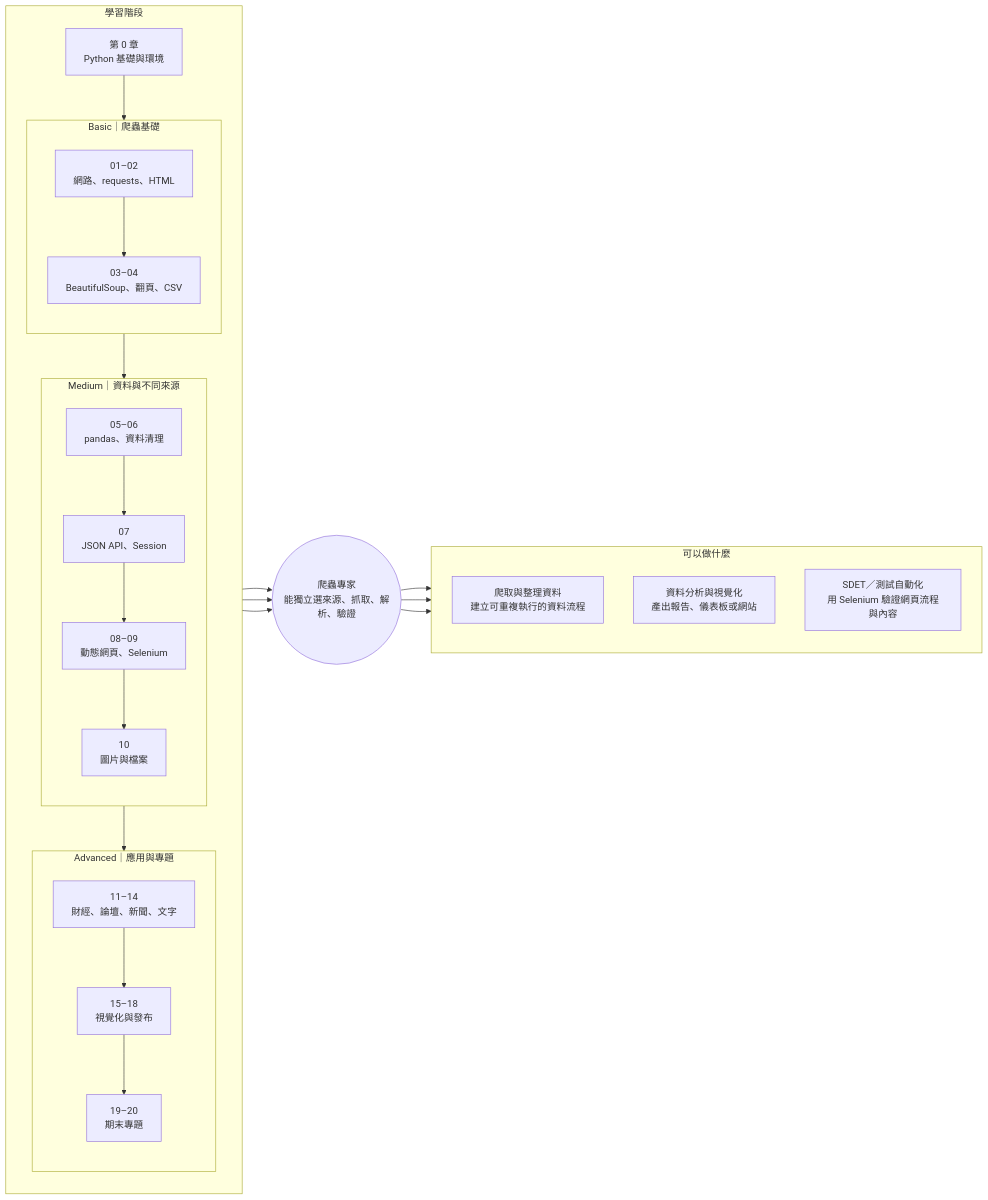
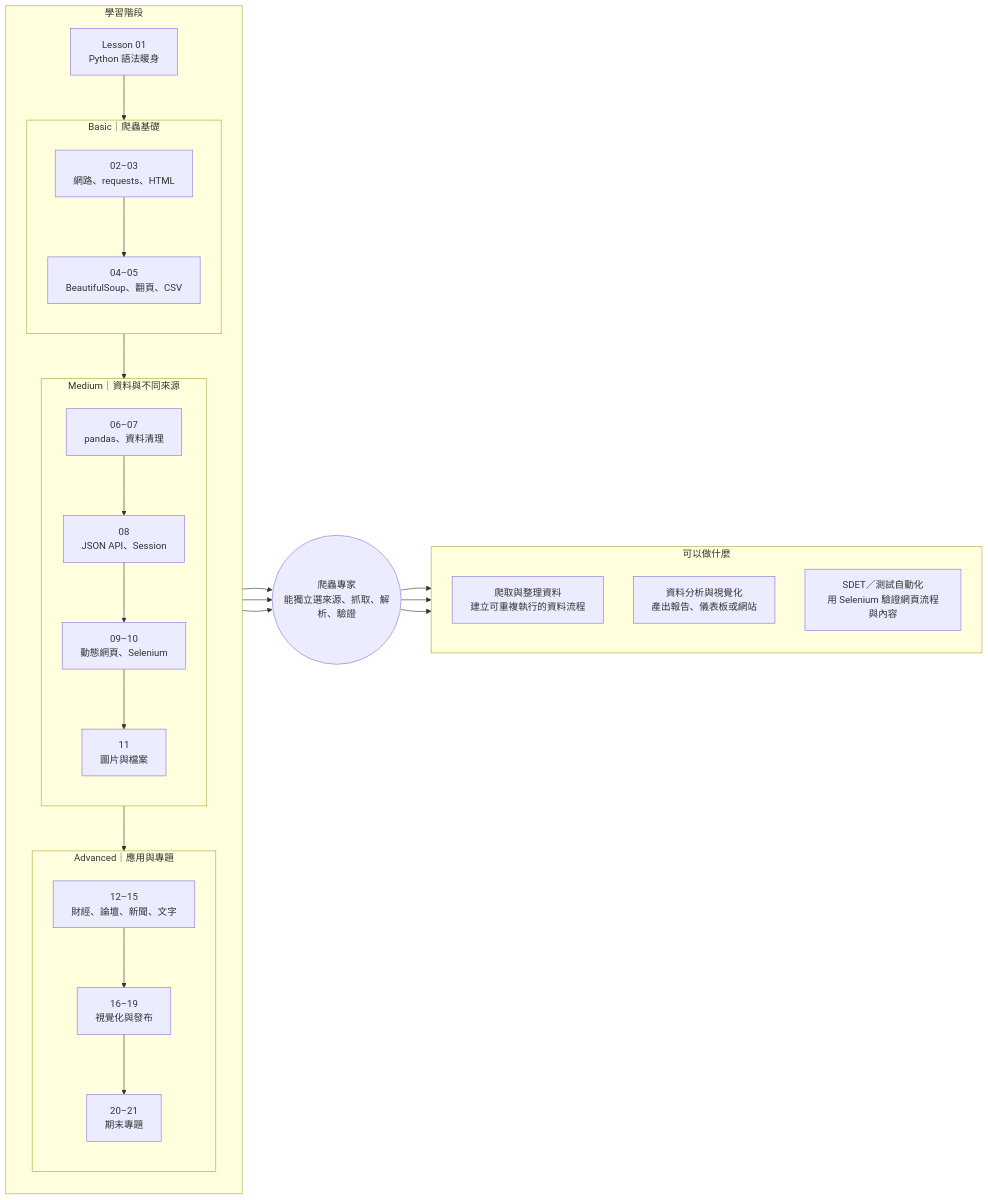
Before and after one commit to cwchang93/python-scraping-viz: the diagram in LEARNING_PATH.md, drawn with Mermaid. The commit also changed other lines of this file and 122 other files, not shown here.

````diff
--- a/LEARNING_PATH.md
+++ b/LEARNING_PATH.md
@@ -7,46 +7,46 @@
 ```mermaid
 flowchart LR
     subgraph L[學習階段]
       direction TB
-      B0[第 0 章<br/>Python 基礎與環境]
+      B0[Lesson 01<br/>Python 語法暖身]
       subgraph B[Basic｜爬蟲基礎]
         direction TB
-        B1[01–02<br/>網路、requests、HTML]
-        B2[03–04<br/>BeautifulSoup、翻頁、CSV]
+        B1[02–03<br/>網路、requests、HTML]
+        B2[04–05<br/>BeautifulSoup、翻頁、CSV]
         B1 --> B2
       end
       subgraph M[Medium｜資料與不同來源]
         direction TB
-        M1[05–06<br/>pandas、資料清理]
-        M2[07<br/>JSON API、Session]
-        M3[08–09<br/>動態網頁、Selenium]
-        M4[10<br/>圖片與檔案]
+        M1[06–07<br/>pandas、資料清理]
+        M2[08<br/>JSON API、Session]
+        M3[09–10<br/>動態網頁、Selenium]
+        M4[11<br/>圖片與檔案]
         M1 --> M2 --> M3 --> M4
       end
       subgraph A[Advanced｜應用與專題]
         direction TB
-        A1[11–14<br/>財經、論壇、新聞、文字]
-        A2[15–18<br/>視覺化與發布]
-        A3[19–20<br/>期末專題]
+        A1[12–15<br/>財經、論壇、新聞、文字]
+        A2[16–19<br/>視覺化與發布]
+        A3[20–21<br/>期末專題]
         A1 --> A2 --> A3
       end
       B0 --> B1
       B2 --> M1
       M4 --> A1
     end
 
     EXP((爬蟲專家<br/>能獨立選來源、抓取、解析、驗證))
     B2 --> EXP
     M4 --> EXP
     A3 --> EXP
 
     subgraph OUT[可以做什麼]
       direction TB
       O1[爬取與整理資料<br/>建立可重複執行的資料流程]
       O2[資料分析與視覺化<br/>產出報告、儀表板或網站]
       O3[SDET／測試自動化<br/>用 Selenium 驗證網頁流程與內容]
     end
     EXP --> O1
     EXP --> O2
     EXP --> O3
 ```
````
